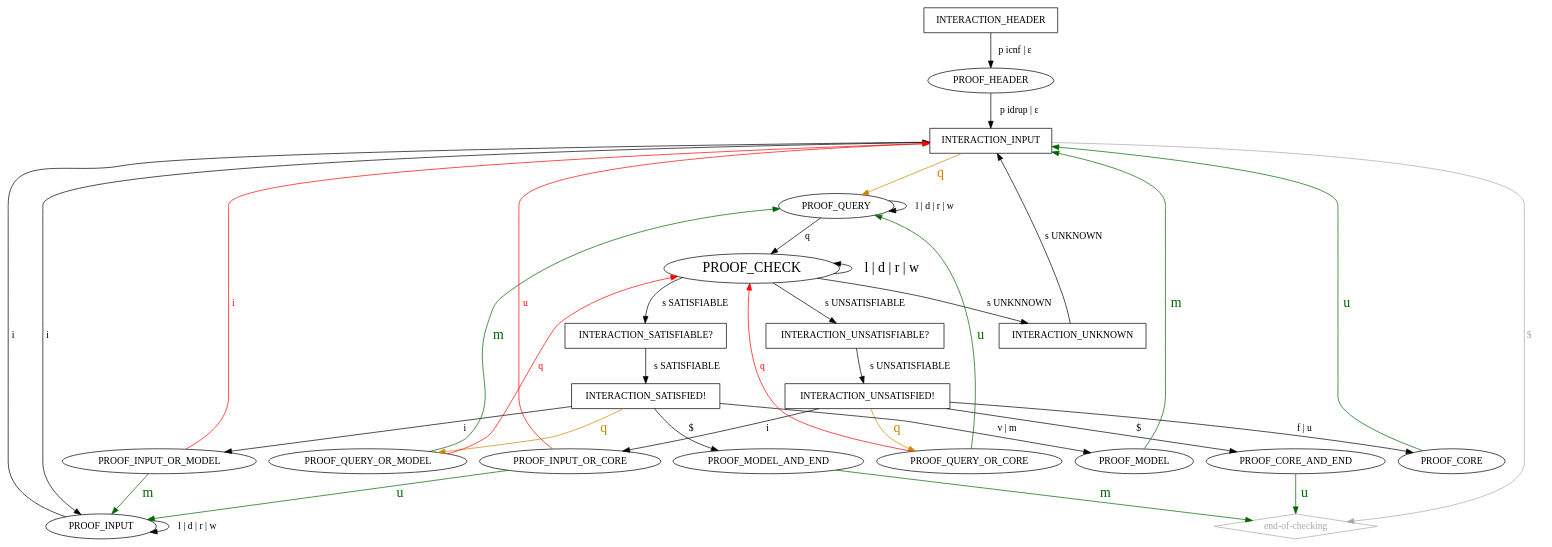
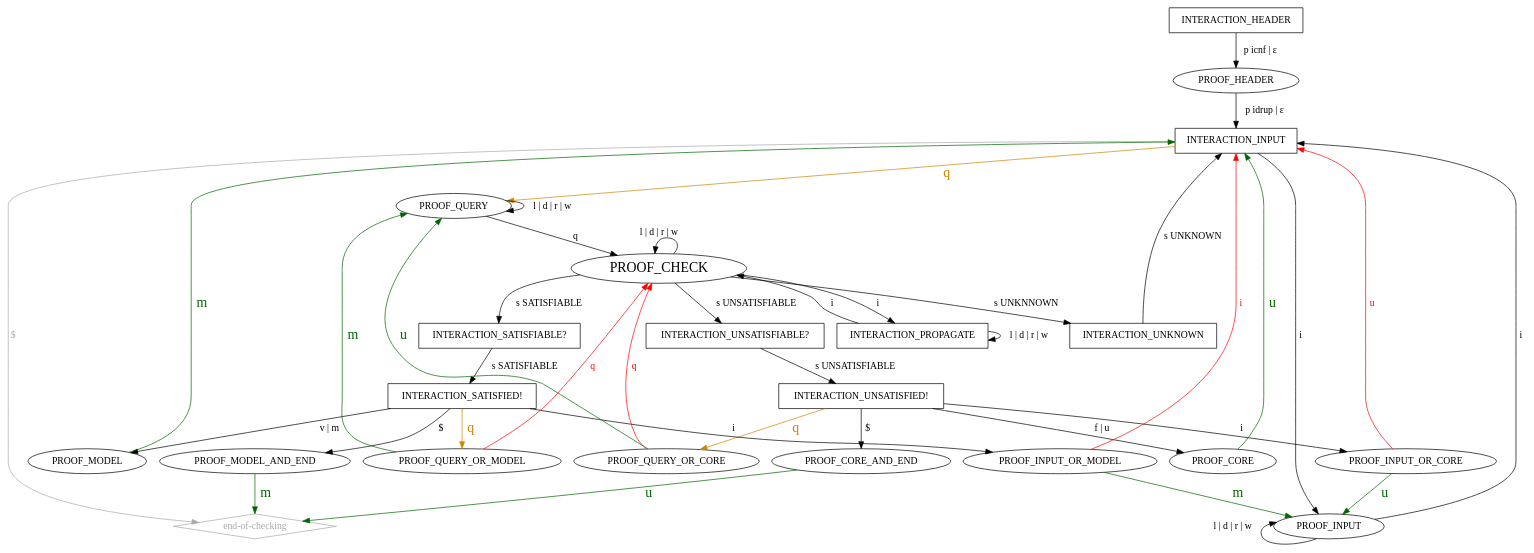
The diagram in lidrup-check-relaxed.dot (arminbiere/lidrup-check), drawn with Graphviz before and after one commit. The commit also changed 11 other files, not shown here.

```diff
--- a/lidrup-check-relaxed.dot
+++ b/lidrup-check-relaxed.dot
@@ -1,64 +1,69 @@
 digraph "idrup-check" {
 
   INTERACTION_HEADER [shape=box];
   INTERACTION_HEADER -> PROOF_HEADER [label=" p icnf | ε "];
   PROOF_HEADER -> INTERACTION_INPUT [label=" p idrup | ε "];
 
   "end-of-checking" [shape=diamond,color=darkgray,fontcolor=darkgray];
   "end-of-checking" -> INTERACTION_INPUT [label="$    ",dir=back,color=darkgray,fontcolor=darkgray];
 
   INTERACTION_INPUT [shape=box];
   INTERACTION_INPUT -> PROOF_INPUT [label=" i "];
   INTERACTION_INPUT -> PROOF_QUERY [label=" q ",color=orange3,fontsize=20,fontcolor=orange3];
 
   PROOF_INPUT -> INTERACTION_INPUT [label=" i "];
-  PROOF_INPUT -> PROOF_INPUT [label=" l | d | r | w "];
+  PROOF_INPUT:sw -> PROOF_INPUT [label=" l | d | r | w "];
 
   PROOF_QUERY -> PROOF_CHECK [label=" q "];
   PROOF_QUERY -> PROOF_QUERY [label=" l | d | r | w "];
 
   PROOF_CHECK [fontsize=20];
-  PROOF_CHECK -> PROOF_CHECK [label=" l | d | r | w ",dir=back,fontsize=20];
+  PROOF_CHECK:_ -> PROOF_CHECK:ne [label=" l | d | r | w ",dir=back];
   PROOF_CHECK -> INTERACTION_SATISFIABLE [label=" s SATISFIABLE "];
   PROOF_CHECK -> INTERACTION_UNSATISFIABLE [label=" s UNSATISFIABLE "];
+  PROOF_CHECK -> INTERACTION_PROPAGATE [label=" i "];
   PROOF_CHECK -> INTERACTION_UNKNOWN [label=" s UNKNNOWN "];
 
   INTERACTION_UNSATISFIABLE [shape="box",label="INTERACTION_UNSATISFIABLE?"];
   INTERACTION_UNSATISFIABLE -> INTERACTION_UNSATISFIED [label=" s UNSATISFIABLE "];
 
   INTERACTION_SATISFIABLE [shape="box",label="INTERACTION_SATISFIABLE?"];
   INTERACTION_SATISFIABLE -> INTERACTION_SATISFIED [label=" s SATISFIABLE "];
+
+  PROOF_QUERY_OR_MODEL -> PROOF_QUERY [label=" m ",color=darkgreen,fontcolor=darkgreen,fontsize=20];
+  PROOF_QUERY_OR_MODEL -> PROOF_CHECK [label=" q ",color=red,fontcolor=red];
 
   INTERACTION_SATISFIED [shape=box,label="INTERACTION_SATISFIED!"];
   INTERACTION_SATISFIED -> PROOF_MODEL [label=" v | m "];
   INTERACTION_SATISFIED -> PROOF_INPUT_OR_MODEL [label=" i "];
   INTERACTION_SATISFIED -> PROOF_QUERY_OR_MODEL [label=" q ", color=orange3,fontsize=20,fontcolor=orange3];
   INTERACTION_SATISFIED -> PROOF_MODEL_AND_END [label=" $ "];
 
   INTERACTION_UNSATISFIED [shape=box,label="INTERACTION_UNSATISFIED!"];
   INTERACTION_UNSATISFIED -> PROOF_CORE [label=" f | u "];
   INTERACTION_UNSATISFIED -> PROOF_INPUT_OR_CORE [label=" i "];
   INTERACTION_UNSATISFIED -> PROOF_QUERY_OR_CORE [label=" q ",color=orange3,fontsize=20,fontcolor=orange3];
   INTERACTION_UNSATISFIED -> PROOF_CORE_AND_END [label=" $ "];
 
   INTERACTION_UNKNOWN [shape=box];
-  INTERACTION_UNKNOWN -> INTERACTION_INPUT [label="s UNKNOWN",weight=2];
+  INTERACTION_UNKNOWN -> INTERACTION_INPUT [label="s UNKNOWN"];
+
+  INTERACTION_PROPAGATE [shape=box];
+  INTERACTION_PROPAGATE -> PROOF_CHECK [label=" i "];
+  INTERACTION_PROPAGATE -> INTERACTION_PROPAGATE [label=" l | d | r | w "];
 
   PROOF_MODEL_AND_END -> "end-of-checking" [label=" m ",color=darkgreen,fontsize=20,fontcolor=darkgreen];
   PROOF_CORE_AND_END -> "end-of-checking" [label=" u ",color=darkgreen,fontsize=20,fontcolor=darkgreen];
 
   PROOF_MODEL -> INTERACTION_INPUT [label=" m ",color=darkgreen,fontsize=20,fontcolor=darkgreen];
   PROOF_CORE -> INTERACTION_INPUT [label=" u ",color=darkgreen,fontsize=20,fontcolor=darkgreen];
 
   PROOF_INPUT_OR_MODEL -> INTERACTION_INPUT [label=" i ",color=red,fontcolor=red];
   PROOF_INPUT_OR_MODEL -> PROOF_INPUT [label=" m ", color=darkgreen,fontcolor=darkgreen,fontsize=20];
 
-  PROOF_QUERY_OR_MODEL -> PROOF_QUERY [label=" m ",color=darkgreen,fontcolor=darkgreen,fontsize=20];
-  PROOF_QUERY_OR_MODEL -> PROOF_CHECK [label=" q ",color=red,fontcolor=red];
-
   PROOF_QUERY_OR_CORE -> PROOF_QUERY [label=" u ",color=darkgreen,fontcolor=darkgreen,fontsize=20];
   PROOF_QUERY_OR_CORE -> PROOF_CHECK [label=" q ",color=red,fontcolor=red];
 
   PROOF_INPUT_OR_CORE -> PROOF_INPUT [label=" u ",color=darkgreen,fontcolor=darkgreen,fontsize=20];
   PROOF_INPUT_OR_CORE -> INTERACTION_INPUT [label=" u ",color=red,fontcolor=red];
 }
```
